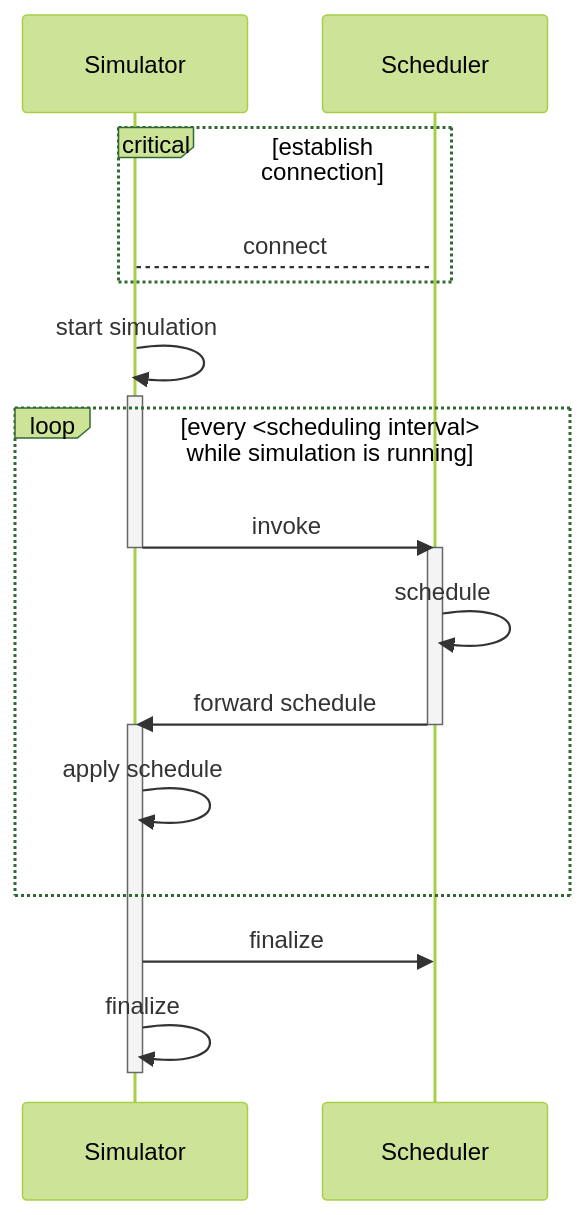
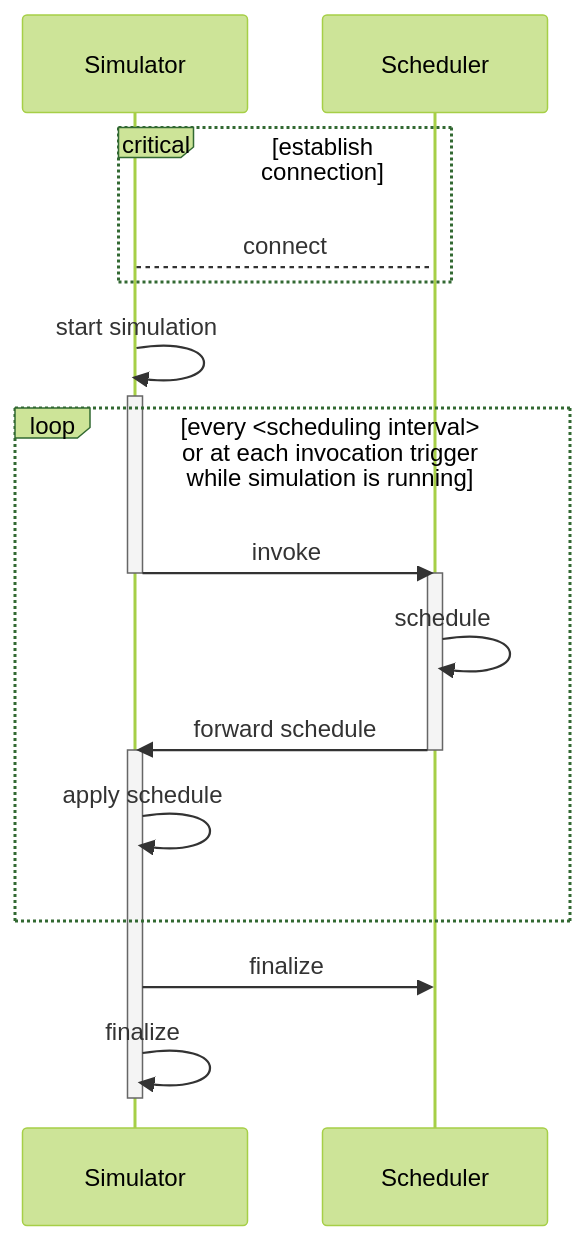
One commit to elastisim/elastisim.github.io changed the diagram in get-started/scheduling-protocol.md. Above: the diagram before and after it, drawn with Mermaid (forest theme). The commit also changed 6 other files, not shown here.

````diff
--- a/get-started/scheduling-protocol.md
+++ b/get-started/scheduling-protocol.md
@@ -22,23 +22,23 @@
 ```mermaid
 sequenceDiagram
     participant sim as Simulator
     participant sched as Scheduler
     critical establish connection
         sim-->sched: connect
     end
     sim->>sim: start simulation
     activate sim
-    loop every <scheduling interval><br/>while simulation is running
+    loop every <scheduling interval><br/>or at each invocation trigger<br/>while simulation is running
         sim->>sched: invoke
         deactivate sim
         activate sched
         sched->>sched: schedule
         sched->>sim: forward schedule
         deactivate sched
         activate sim
         sim->>sim: apply schedule
     end
     sim->>sched: finalize
     sim->>sim: finalize
     deactivate sim
 ```
````
